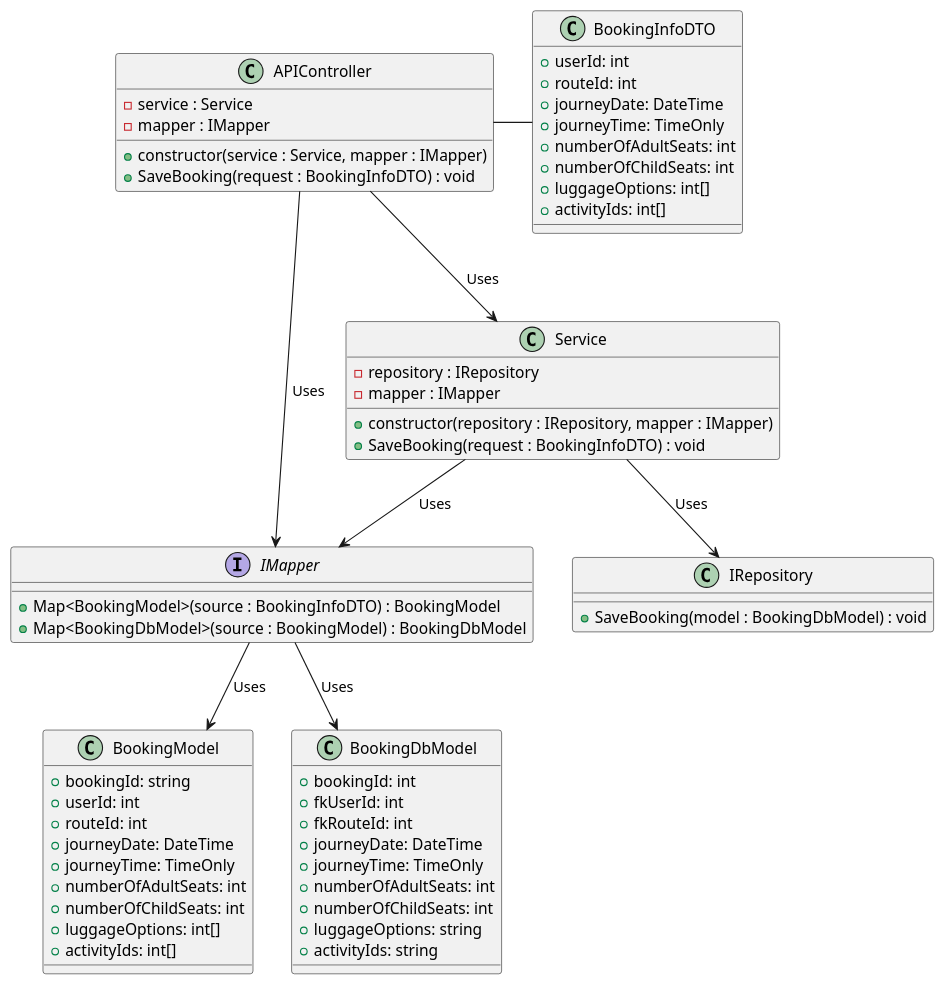
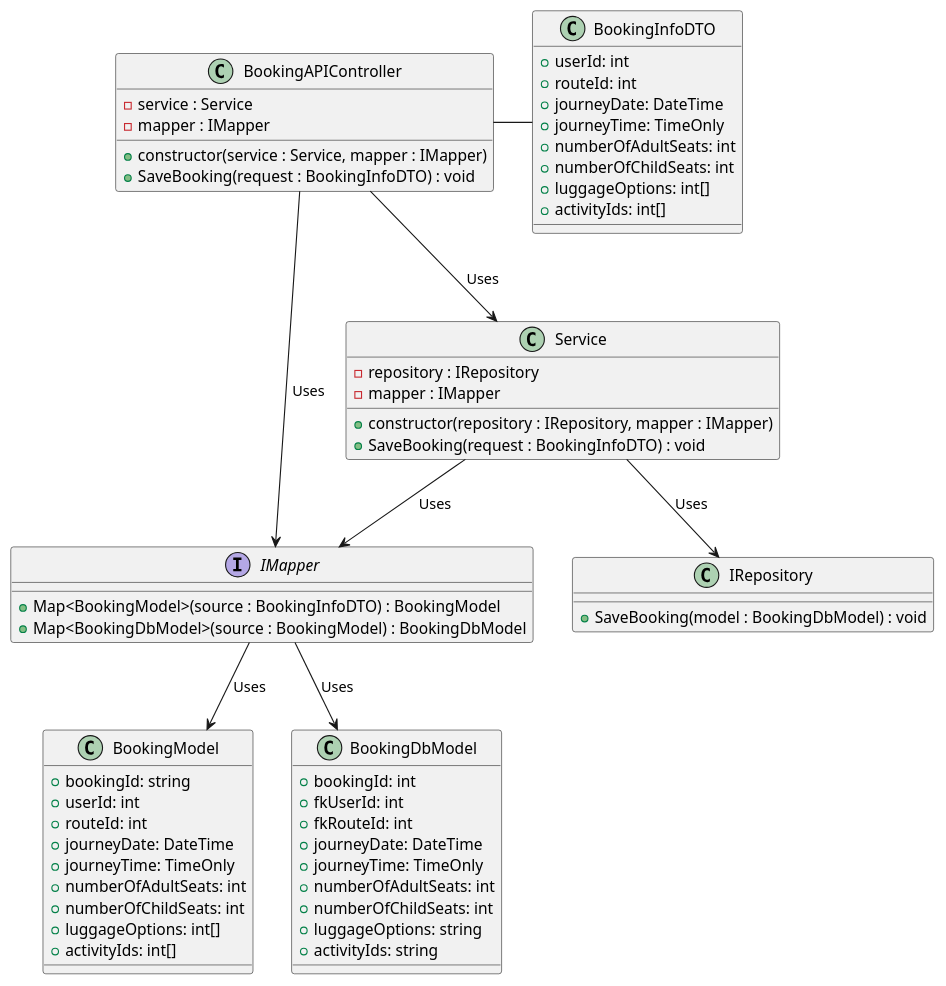
One commit to bsaranga/coach-tour-booking changed the diagram in coach-tour-booking-web/uml_diagrams/services_class.puml. Above: the diagram before and after it, drawn with PlantUML. The commit also changed 27 other files, not shown here.

```diff
--- a/coach-tour-booking-web/uml_diagrams/services_class.puml
+++ b/coach-tour-booking-web/uml_diagrams/services_class.puml
@@ -1,69 +1,69 @@
 @startuml
 
 class BookingInfoDTO {
     + userId: int
     + routeId: int
     + journeyDate: DateTime
     + journeyTime: TimeOnly
     + numberOfAdultSeats: int
     + numberOfChildSeats: int
     + luggageOptions: int[]
     + activityIds: int[]
 }
 
 class BookingModel {
     + bookingId: string
     + userId: int
     + routeId: int
     + journeyDate: DateTime
     + journeyTime: TimeOnly
     + numberOfAdultSeats: int
     + numberOfChildSeats: int
     + luggageOptions: int[]
     + activityIds: int[]
 }
 
 class BookingDbModel {
     + bookingId: int
     + fkUserId: int
     + fkRouteId: int
     + journeyDate: DateTime
     + journeyTime: TimeOnly
     + numberOfAdultSeats: int
     + numberOfChildSeats: int
     + luggageOptions: string
     + activityIds: string
 }
 
 interface IMapper {
     + Map<BookingModel>(source : BookingInfoDTO) : BookingModel
     + Map<BookingDbModel>(source : BookingModel) : BookingDbModel
 }
 
 class IRepository {
     + SaveBooking(model : BookingDbModel) : void
 }
 
 class Service {
     -repository : IRepository
     -mapper : IMapper
     + constructor(repository : IRepository, mapper : IMapper)
     + SaveBooking(request : BookingInfoDTO) : void
 }
 
-class APIController {
+class BookingAPIController {
     -service : Service
     -mapper : IMapper
     + constructor(service : Service, mapper : IMapper)
     + SaveBooking(request : BookingInfoDTO) : void
 }
 
-APIController - BookingInfoDTO
-APIController --> Service : Uses
-APIController --> IMapper : Uses
+BookingAPIController - BookingInfoDTO
+BookingAPIController --> Service : Uses
+BookingAPIController --> IMapper : Uses
 Service --> IRepository : Uses
 Service --> IMapper : Uses
 IMapper --> BookingModel : Uses
 IMapper --> BookingDbModel : Uses
 
 @enduml
```
